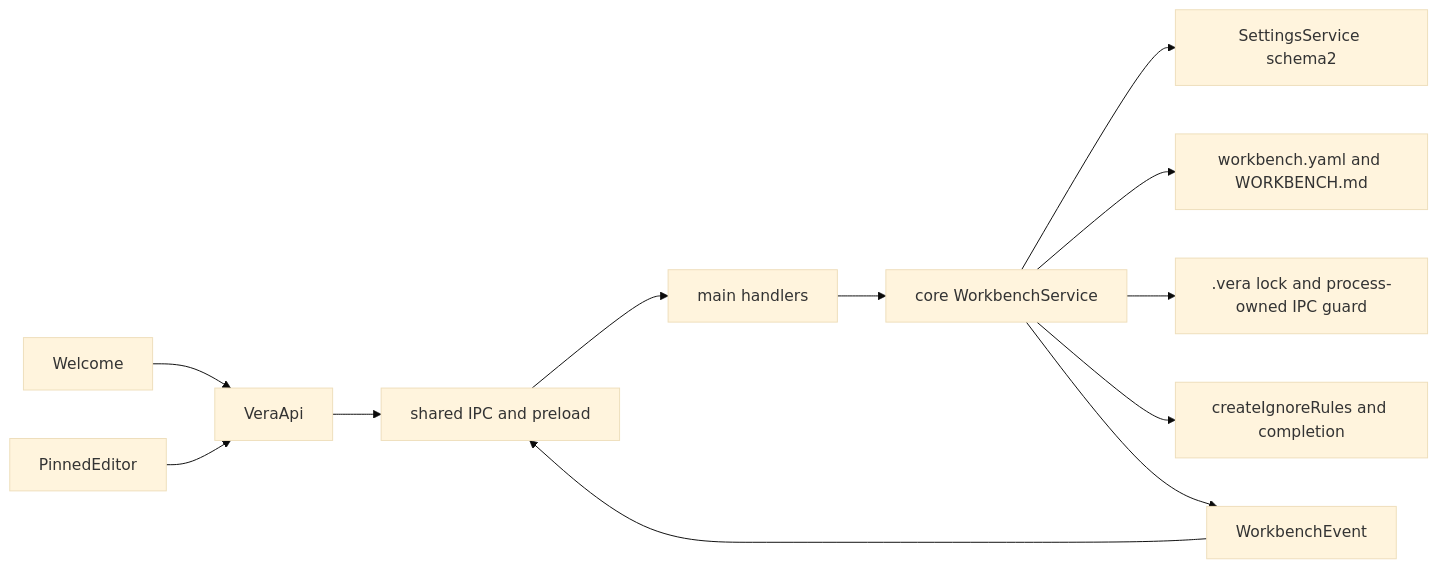
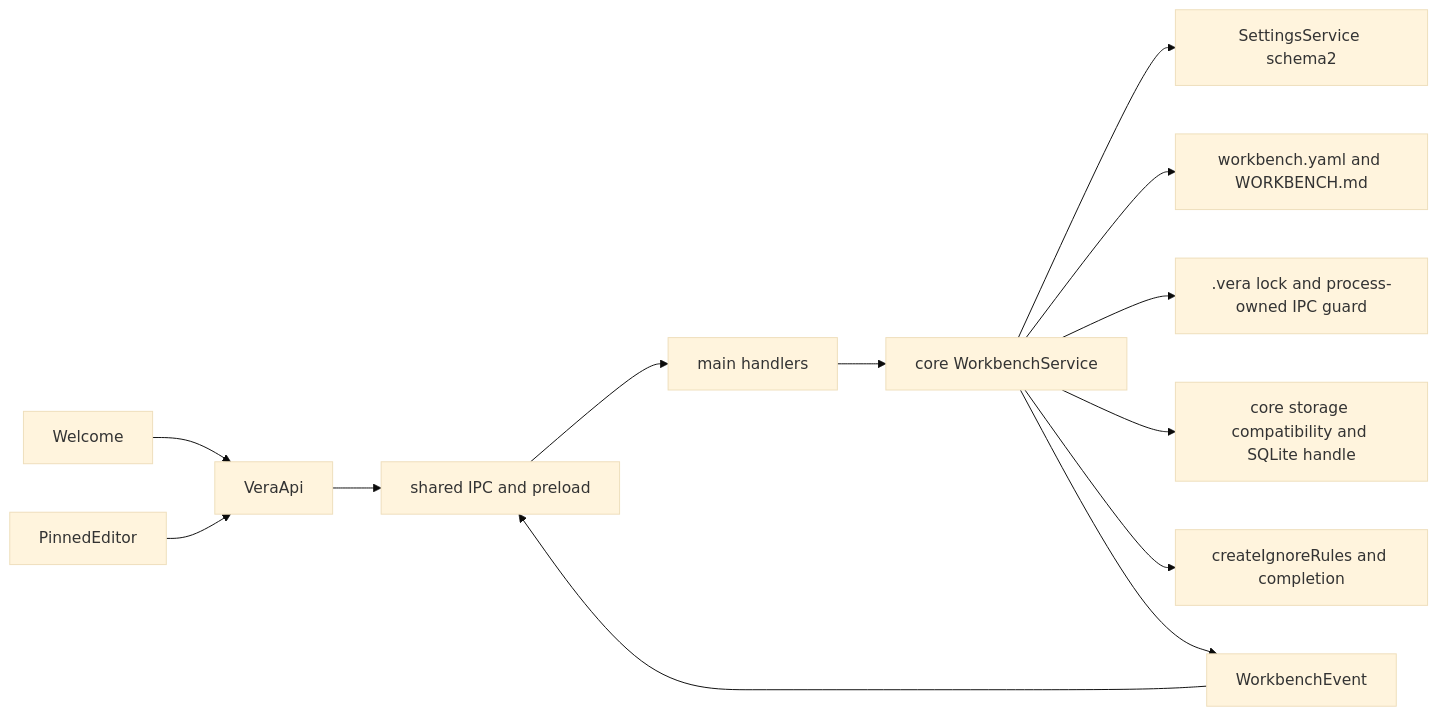
One commit to DDP-Engineering/2026_Virtual_Embedded_Rig_Assistant changed the diagram in .agentic/knowledge/workbench.md. Above: the diagram before and after it, drawn with Mermaid (base theme). The commit also changed other lines of this file and 29 other files, not shown here.

````diff
--- a/.agentic/knowledge/workbench.md
+++ b/.agentic/knowledge/workbench.md
@@ -82,14 +88,15 @@
 ```mermaid
 flowchart LR
   Welcome --> VeraApi
   PinnedEditor --> VeraApi
   VeraApi --> bridge[shared IPC and preload]
   bridge --> main[main handlers]
   main --> service[core WorkbenchService]
   service --> settings[SettingsService schema2]
   service --> YAML[workbench.yaml and WORKBENCH.md]
   service --> lock[.vera lock and process-owned IPC guard]
+  service --> storage[core storage compatibility and SQLite handle]
   service --> ignore[createIgnoreRules and completion]
   service --> events[WorkbenchEvent]
   events --> bridge
 ```
````
